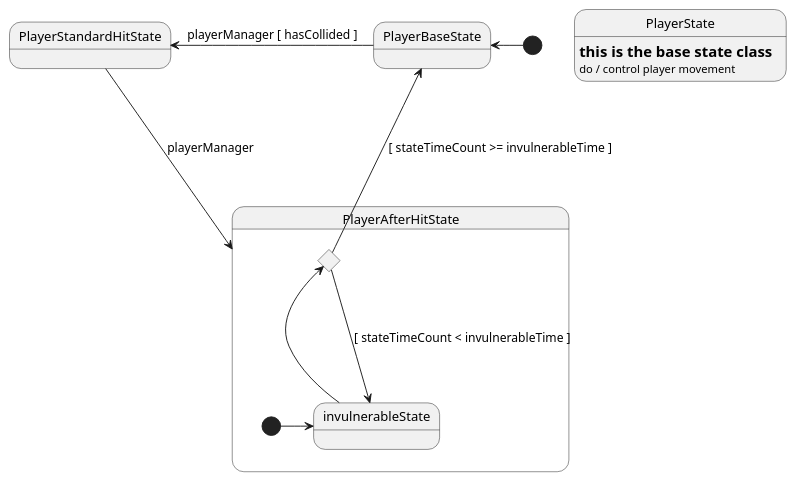
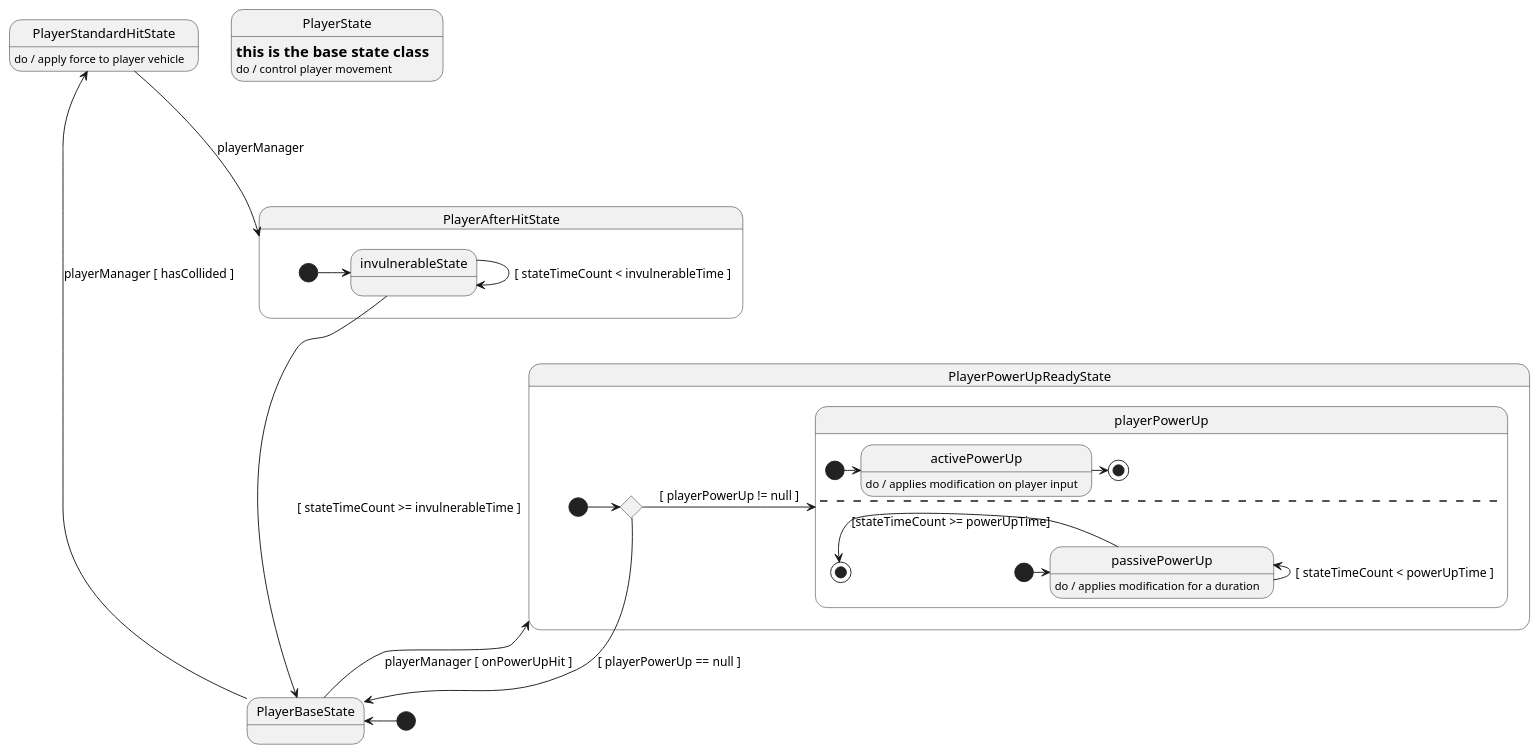
Before and after one commit to CKTA00/Robbery_Rush_UML: the diagram in UML/player_car_state_machine.puml, drawn with PlantUML. The commit also changed other lines of this file, not shown here.

Commit message:
player state machine done

```diff
--- a/UML/player_car_state_machine.puml
+++ b/UML/player_car_state_machine.puml
@@ -37,23 +1,49 @@
 @startuml
 
 state PlayerState : = this is the base state class
 state PlayerState : do / control player movement
 
+state PlayerBaseState
 
 [*] -u> PlayerBaseState
 PlayerBaseState -l-> PlayerStandardHitState : playerManager [ hasCollided ]
 PlayerStandardHitState --d-> PlayerAfterHitState : playerManager
 
+state PlayerStandardHitState : do / apply force to player vehicle
+
 state PlayerAfterHitState{
-    state invulnerableTimer <<choice>>
     [*] -r> invulnerableState
-    invulnerableState -l--> invulnerableTimer
-    invulnerableTimer -u--> PlayerBaseState : [ stateTimeCount >= invulnerableTime ]
-    invulnerableTimer ---> invulnerableState : [ stateTimeCount < invulnerableTime ]
+    invulnerableState ---> invulnerableState : [ stateTimeCount < invulnerableTime ]
+    invulnerableState ---> PlayerBaseState : [ stateTimeCount >= invulnerableTime ]
+}
+
+PlayerBaseState --> PlayerPowerUpReadyState : playerManager [ onPowerUpHit ]
+
+state PlayerPowerUpReadyState{
+
+    state c <<choice>>
+    [*] -> c
+    c -> playerPowerUp : [ playerPowerUp != null ]
+    c --> PlayerBaseState : [ playerPowerUp == null ]
+
+    state playerPowerUp{
+
+        state activePowerUp : do / applies modification on player input
+        [*] -> activePowerUp
+        activePowerUp -> [*]
+        -----
+
+        state passivePowerUp : do / applies modification for a duration
+        [*] ->  passivePowerUp
+        passivePowerUp -u> passivePowerUp : [ stateTimeCount < powerUpTime ]
+        passivePowerUp -l> [*] : [stateTimeCount >= powerUpTime]
+
+
+
+    }
+
 }
 
 
 
-
-
 @enduml
```
